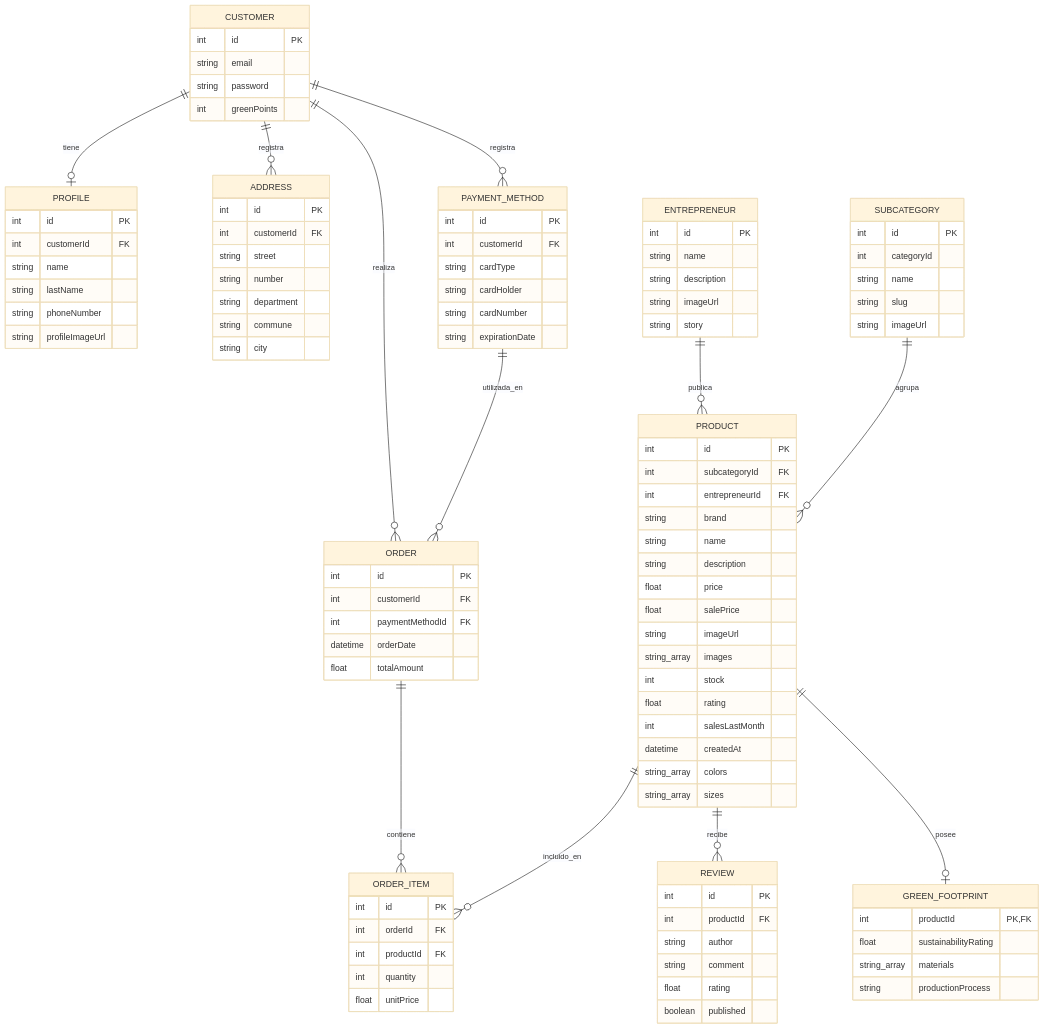
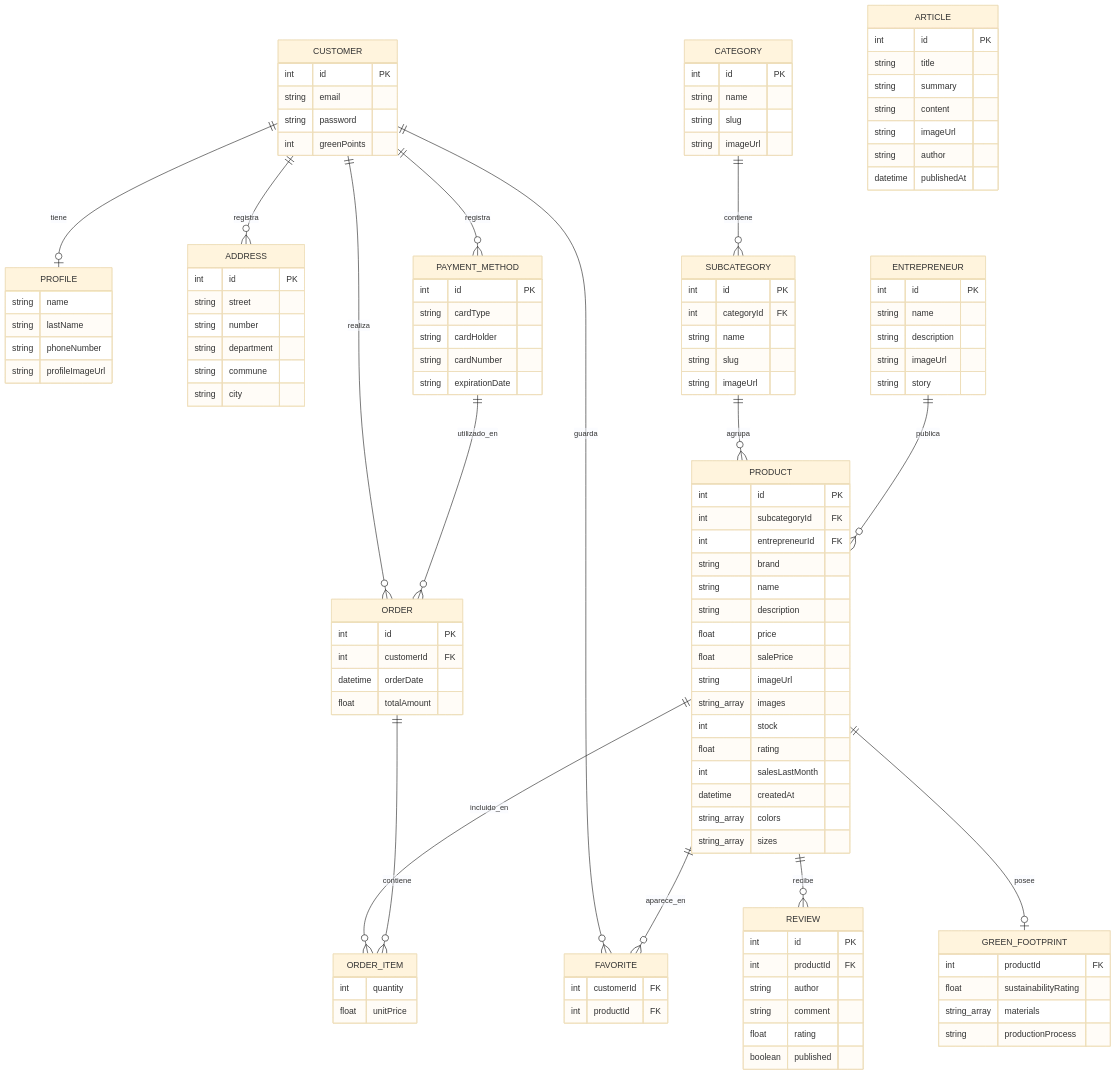
One commit to bootcamp-uchile-2026/grupo-2-backend changed the second of 2 diagrams in README.md. Above: the diagram before and after it, drawn with Mermaid (base theme). The commit also changed other lines of this file, not shown here.

First line of the commit message:
docs: actualizar README y diagrama entidad-relación (#71)

```diff
--- a/README.md
+++ b/README.md
@@ -415,16 +186,19 @@
     CUSTOMER ||--o{ ADDRESS : registra
     CUSTOMER ||--o{ PAYMENT_METHOD : registra
     CUSTOMER ||--o{ ORDER : realiza
+    CUSTOMER ||--o{ FAVORITE : guarda
+
+    CATEGORY ||--o{ SUBCATEGORY : contiene
+    SUBCATEGORY ||--o{ PRODUCT : agrupa
+    ENTREPRENEUR ||--o{ PRODUCT : publica
+
+    PRODUCT ||--o{ FAVORITE : aparece_en
+    PRODUCT ||--o{ REVIEW : recibe
+    PRODUCT ||--o| GREEN_FOOTPRINT : posee
+    PRODUCT ||--o{ ORDER_ITEM : incluido_en
 
     ORDER ||--o{ ORDER_ITEM : contiene
-    PAYMENT_METHOD ||--o{ ORDER : utilizada_en
-    PRODUCT ||--o{ ORDER_ITEM : incluido_en
-
-    ENTREPRENEUR ||--o{ PRODUCT : publica
-    SUBCATEGORY ||--o{ PRODUCT : agrupa
-
-    PRODUCT ||--o{ REVIEW : recibe
-    PRODUCT ||--o| GREEN_FOOTPRINT : posee
+    PAYMENT_METHOD ||--o{ ORDER : utilizado_en
 
     CUSTOMER {
         int id PK
@@ -432,35 +206,40 @@
         string password
         int greenPoints
     }
-
     PROFILE {
-        int id PK
-        int customerId FK
         string name
         string lastName
         string phoneNumber
         string profileImageUrl
     }
-
     ADDRESS {
         int id PK
-        int customerId FK
         string street
         string number
         string department
         string commune
         string city
     }
-
     PAYMENT_METHOD {
         int id PK
-        int customerId FK
         string cardType
         string cardHolder
         string cardNumber
         string expirationDate
     }
-
+    CATEGORY {
+        int id PK
+        string name
+        string slug
+        string imageUrl
+    }
+    SUBCATEGORY {
+        int id PK
+        int categoryId FK
+        string name
+        string slug
+        string imageUrl
+    }
     ENTREPRENEUR {
         int id PK
         string name
@@ -468,15 +247,6 @@
         string imageUrl
         string story
     }
-
-    SUBCATEGORY {
-        int id PK
-        int categoryId
-        string name
-        string slug
-        string imageUrl
-    }
-
     PRODUCT {
         int id PK
         int subcategoryId FK
@@ -495,14 +265,10 @@
         string_array colors
         string_array sizes
     }
-
-    GREEN_FOOTPRINT {
-        int productId PK,FK
-        float sustainabilityRating
-        string_array materials
-        string productionProcess
+    FAVORITE {
+        int customerId FK
+        int productId FK
     }
-
     REVIEW {
         int id PK
         int productId FK
@@ -511,19 +277,28 @@
         float rating
         boolean published
     }
-
+    GREEN_FOOTPRINT {
+        int productId FK
+        float sustainabilityRating
+        string_array materials
+        string productionProcess
+    }
+    ARTICLE {
+        int id PK
+        string title
+        string summary
+        string content
+        string imageUrl
+        string author
+        datetime publishedAt
+    }
     ORDER {
         int id PK
         int customerId FK
-        int paymentMethodId FK
         datetime orderDate
         float totalAmount
     }
-
     ORDER_ITEM {
-        int id PK
-        int orderId FK
-        int productId FK
         int quantity
         float unitPrice
     }
```
